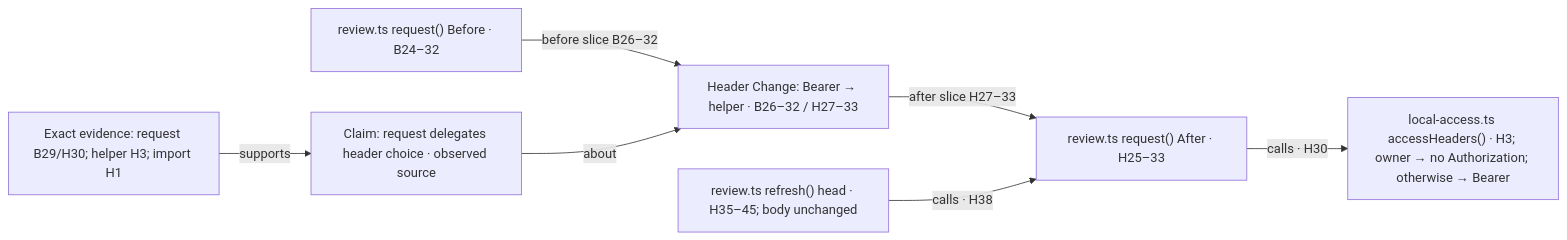
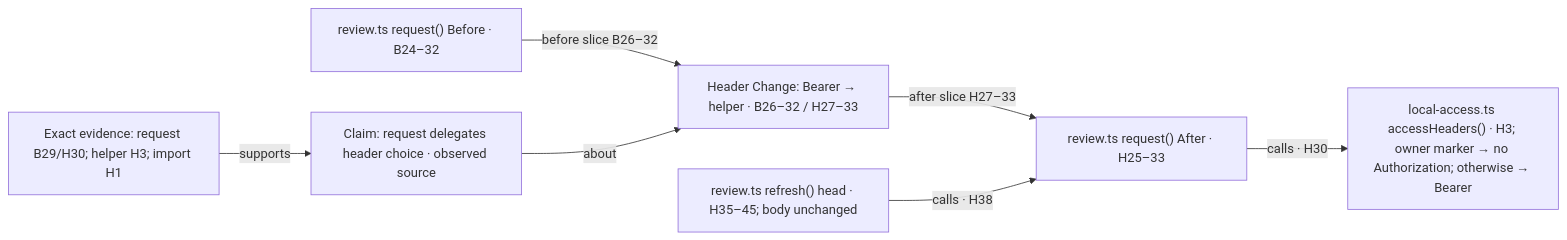
One commit to scottchu/pr-reviewer changed the diagram in docs/plans/720p/slices/05-explanation-exploration/reviews/core-request-graph-v1.mmd. Above: the diagram before and after it, drawn with Mermaid. The commit also changed 2 other files, not shown here.

Commit message:
docs: record independent core graph review and marker meaning

```diff
--- a/docs/plans/720p/slices/05-explanation-exploration/reviews/core-request-graph-v1.mmd
+++ b/docs/plans/720p/slices/05-explanation-exploration/reviews/core-request-graph-v1.mmd
@@ -1,14 +1,14 @@
 flowchart LR
   before["review.ts request() Before · B24–32"]
   change["Header Change: Bearer → helper · B26–32 / H27–33"]
   after["review.ts request() After · H25–33"]
   refresh["review.ts refresh() head · H35–45; body unchanged"]
-  helper["local-access.ts accessHeaders() · H3; owner → no Authorization; otherwise → Bearer"]
+  helper["local-access.ts accessHeaders() · H3; owner marker → no Authorization; otherwise → Bearer"]
   claim["Claim: request delegates header choice · observed source"]
   evidence["Exact evidence: request B29/H30; helper H3; import H1"]
   before -->|"before slice B26–32"| change
   change -->|"after slice H27–33"| after
   refresh -->|"calls · H38"| after
   after -->|"calls · H30"| helper
   claim -->|"about"| change
   evidence -->|"supports"| claim
```
